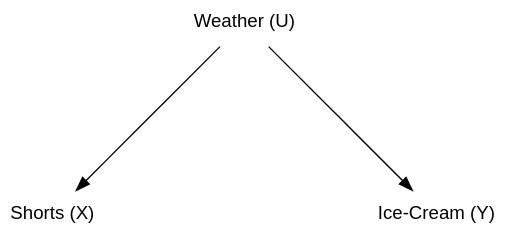
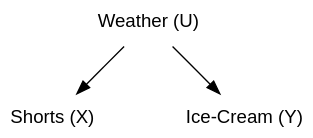
The diagram in CausalDiagrams/dot_files/IceCream_Shorts.dot (mca91/kausalanalyse_slides), drawn with Graphviz before and after one commit. The commit also changed 6 other files, not shown here.

Commit message:
made new changes to new diagrams

```diff
--- a/CausalDiagrams/dot_files/IceCream_Shorts.dot
+++ b/CausalDiagrams/dot_files/IceCream_Shorts.dot
@@ -1,15 +1,15 @@
 digraph "Causal Diagramm RDD" {
   layout=neato
   fontname="Helvetica,Arial,sans-serif"
   bgcolor=transparent
   imagescale=both
   node [fontname="Helvetica,Arial,sans-serif"]
   edge [fontname="Helvetica,Arial,sans-serif"]
   node [shape=none];
-  "Weather (U)" [pos="2,2!"]
+  "Weather (U)" [pos="1,1!"]
   "Shorts (X)" [pos="0,0!"]
-  "Ice-Cream (Y)" [pos="4,0!"]
+  "Ice-Cream (Y)" [pos="2,0!"]
   "Weather (U)" -> "Shorts (X)"
   "Weather (U)" -> "Ice-Cream (Y)"
   
 }
```
